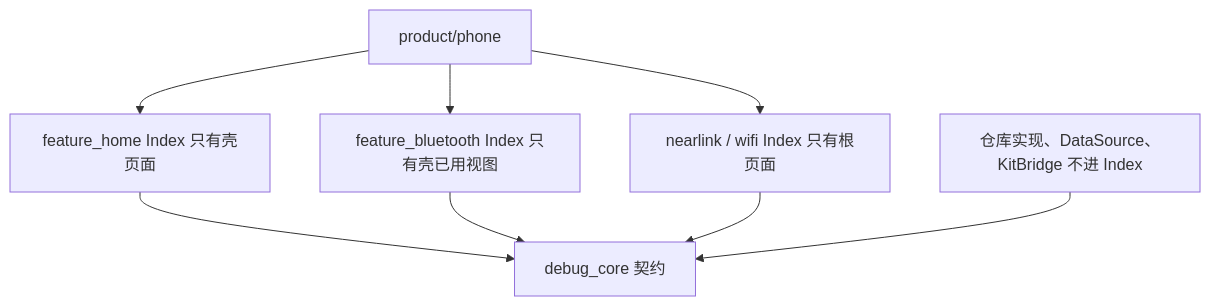
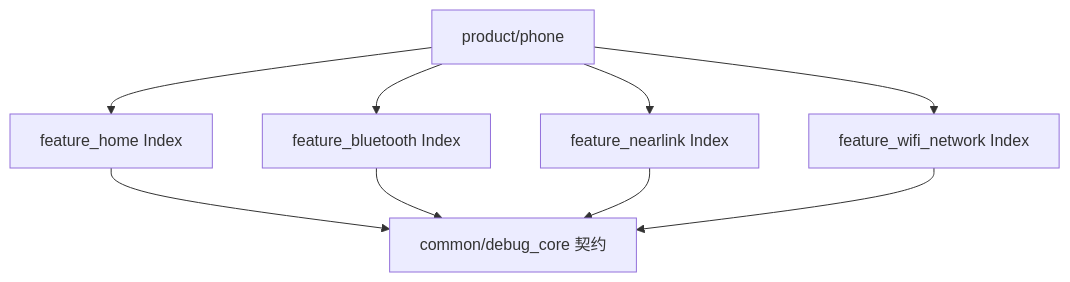
The first of 2 diagrams in docs/goal/architecture/app/APP-003.md (yohurm/HarmonyOS-YoWireTools), drawn with Mermaid before and after one commit. The commit also changed other lines of this file and 91 other files, not shown here.

````diff
--- a/docs/goal/architecture/app/APP-003.md
+++ b/docs/goal/architecture/app/APP-003.md
@@ -48,16 +44,17 @@
 ```mermaid
 flowchart TB
   Phone["product/phone"]
-  HomeIdx["feature_home Index 只有壳页面"]
-  BtIdx["feature_bluetooth Index 只有壳已用视图"]
-  RadioIdx["nearlink / wifi Index 只有根页面"]
-  Contract["debug_core 契约"]
-  Hidden["仓库实现、DataSource、KitBridge 不进 Index"]
-  Phone --> HomeIdx
-  Phone --> BtIdx
-  Phone --> RadioIdx
-  HomeIdx --> Contract
-  BtIdx --> Contract
-  RadioIdx --> Contract
-  Hidden --> Contract
+  Home["feature_home Index"]
+  Bt["feature_bluetooth Index"]
+  Nl["feature_nearlink Index"]
+  Wn["feature_wifi_network Index"]
+  Core["common/debug_core 契约"]
+  Phone --> Home
+  Phone --> Bt
+  Phone --> Nl
+  Phone --> Wn
+  Home --> Core
+  Bt --> Core
+  Nl --> Core
+  Wn --> Core
 ```
````
